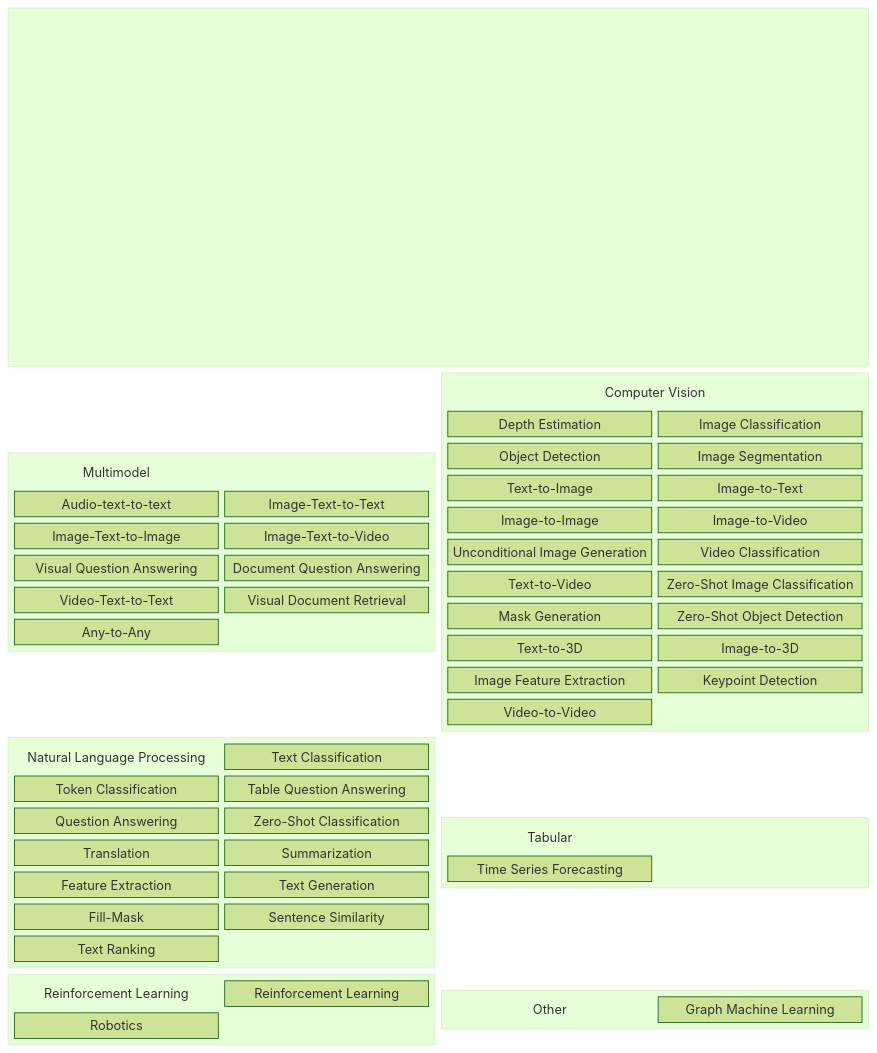
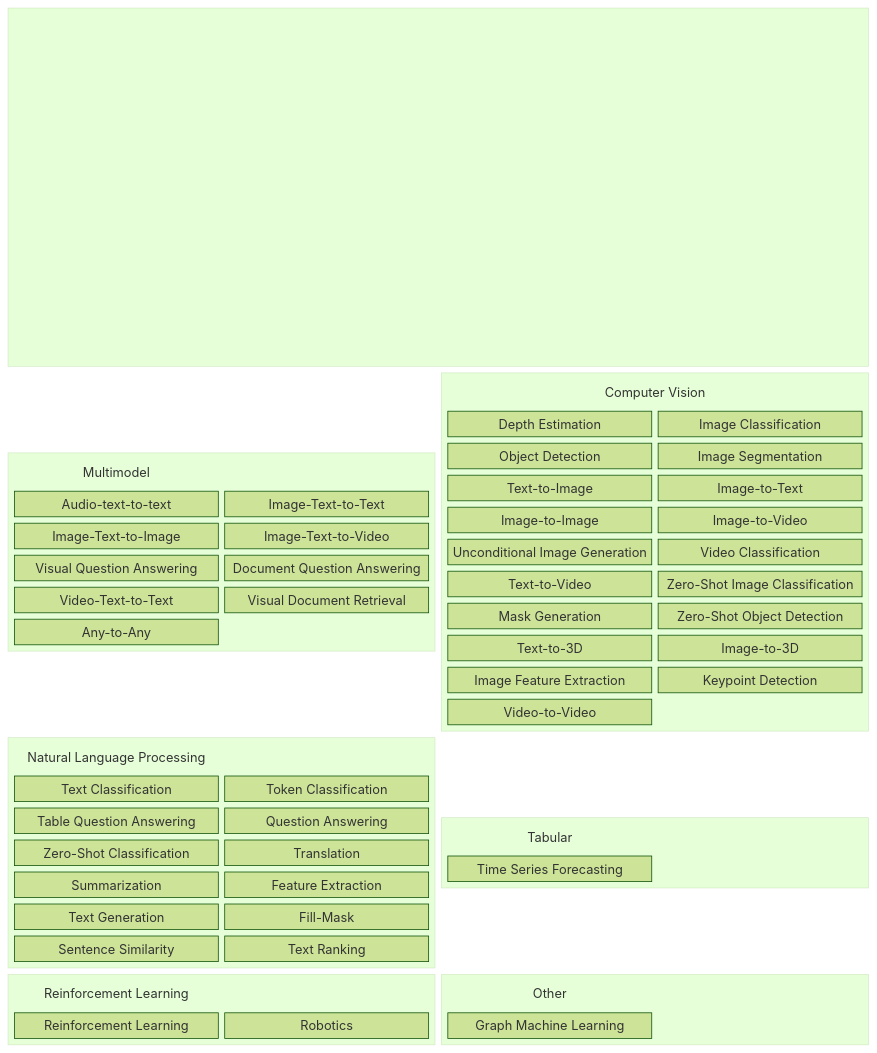
The second of 2 diagrams in docs/minimumskrav/baggrund_objekt_for_os2AI.md (OS2sandbox/public-genai-governance), drawn with Mermaid (forest theme) before and after one commit.

Commit message:
Fix title rendering

```diff
--- a/docs/minimumskrav/baggrund_objekt_for_os2AI.md
+++ b/docs/minimumskrav/baggrund_objekt_for_os2AI.md
@@ -95,7 +95,7 @@
   
   block:nlp:2
     columns 2
-    nlp_title["Natural Language Processing"]
+    nlp_title["Natural Language Processing"]:2
 
     nlp_tc["Text Classification"]
     nlp_tokc["Token Classification"]
@@ -135,7 +135,7 @@
 
   block:rl:2
     columns 2
-    rl_title["Reinforcement Learning"]
+    rl_title["Reinforcement Learning"]:2
 
     rl_rl["Reinforcement Learning"]
     rl_r["Robotics"]
@@ -143,7 +143,7 @@
 
   block:o:2
     columns 2
-    o_title["Other"]
+    o_title["Other"]:2
     
     o_gml["Graph Machine Learning"]
   end
```
